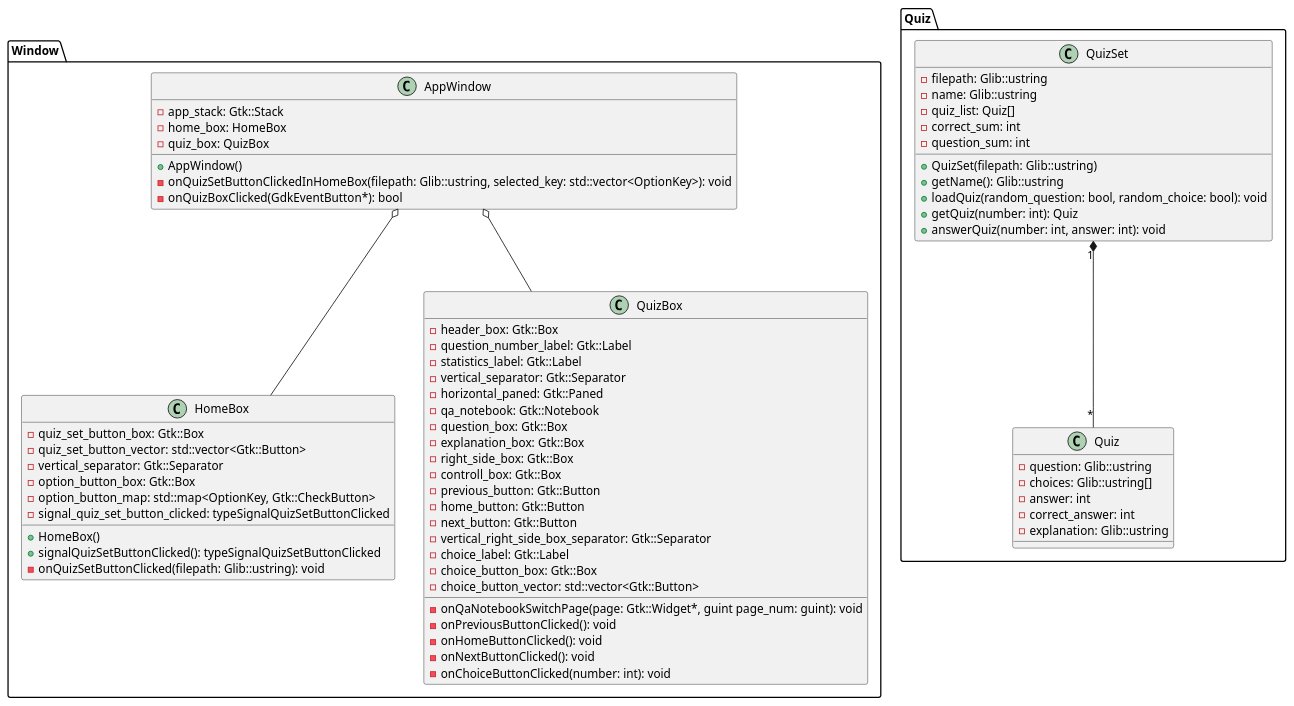
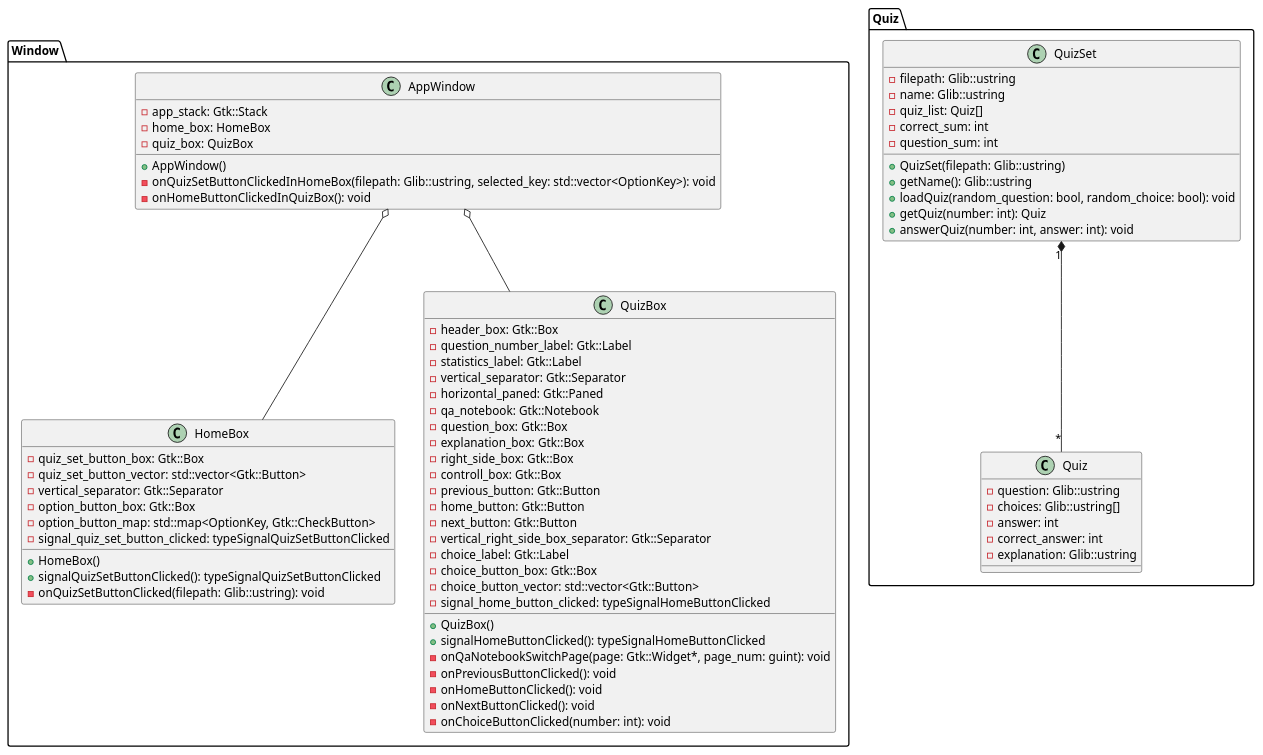
Before and after one commit to mikiya1130/Multiple_Choice_Quiz: the diagram in design/class_diagram.plantuml, drawn with PlantUML. The commit also changed 6 other files, not shown here.

Commit message:
Update QuizBox button clicked event

```diff
--- a/design/class_diagram.plantuml
+++ b/design/class_diagram.plantuml
@@ -1,83 +1,86 @@
 @startuml class_diagram
 
 package "Window" {
     class AppWindow {
         - app_stack: Gtk::Stack
         - home_box: HomeBox
         - quiz_box: QuizBox
 
         + AppWindow()
         - onQuizSetButtonClickedInHomeBox(filepath: Glib::ustring, selected_key: std::vector<OptionKey>): void
-        - onQuizBoxClicked(GdkEventButton*): bool
+        - onHomeButtonClickedInQuizBox(): void
     }
 
     class HomeBox {
         - quiz_set_button_box: Gtk::Box
         - quiz_set_button_vector: std::vector<Gtk::Button>
         - vertical_separator: Gtk::Separator
         - option_button_box: Gtk::Box
         - option_button_map: std::map<OptionKey, Gtk::CheckButton>
         - signal_quiz_set_button_clicked: typeSignalQuizSetButtonClicked
 
         + HomeBox()
         + signalQuizSetButtonClicked(): typeSignalQuizSetButtonClicked
         - onQuizSetButtonClicked(filepath: Glib::ustring): void
     }
 
     class QuizBox {
         - header_box: Gtk::Box
         - question_number_label: Gtk::Label
         - statistics_label: Gtk::Label
         - vertical_separator: Gtk::Separator
         - horizontal_paned: Gtk::Paned
         - qa_notebook: Gtk::Notebook
         - question_box: Gtk::Box
         - explanation_box: Gtk::Box
         - right_side_box: Gtk::Box
         - controll_box: Gtk::Box
         - previous_button: Gtk::Button
         - home_button: Gtk::Button
         - next_button: Gtk::Button
         - vertical_right_side_box_separator: Gtk::Separator
         - choice_label: Gtk::Label
         - choice_button_box: Gtk::Box
         - choice_button_vector: std::vector<Gtk::Button>
+        - signal_home_button_clicked: typeSignalHomeButtonClicked
 
-        - onQaNotebookSwitchPage(page: Gtk::Widget*, guint page_num: guint): void
+        + QuizBox()
+        + signalHomeButtonClicked(): typeSignalHomeButtonClicked
+        - onQaNotebookSwitchPage(page: Gtk::Widget*, page_num: guint): void
         - onPreviousButtonClicked(): void
         - onHomeButtonClicked(): void
         - onNextButtonClicked(): void
         - onChoiceButtonClicked(number: int): void
     }
 
     AppWindow o-- HomeBox
     AppWindow o-- QuizBox
 }
 
 package "Quiz" {
     class QuizSet {
         - filepath: Glib::ustring
         - name: Glib::ustring
         - quiz_list: Quiz[]
         - correct_sum: int
         - question_sum: int
 
         + QuizSet(filepath: Glib::ustring)
         + getName(): Glib::ustring
         + loadQuiz(random_question: bool, random_choice: bool): void
         + getQuiz(number: int): Quiz
         + answerQuiz(number: int, answer: int): void
     }
 
     class Quiz {
         - question: Glib::ustring
         - choices: Glib::ustring[]
         - answer: int
         - correct_answer: int
         - explanation: Glib::ustring
     }
 
     QuizSet "1" *-- "*" Quiz
 }
 
 @enduml
```
